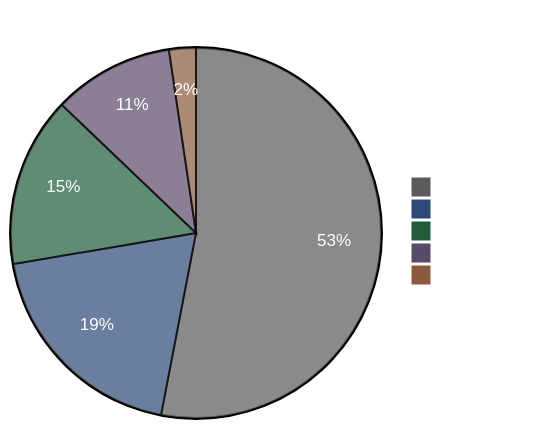
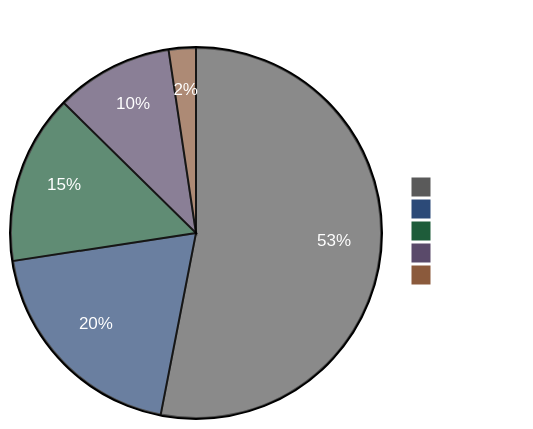
One commit to ShawnBIT/reco-arxiv-daily changed the diagram in README.md. Above: the diagram before and after it, drawn with Mermaid. The commit also changed other lines of this file and 2 other files, not shown here.

````diff
--- a/README.md
+++ b/README.md
@@ -6,19 +6,19 @@
 ```mermaid
 %%{init: {'theme':'base', 'themeVariables': {
   'pie1':'#5a5a5a',
   'pie2':'#2c4a78',
   'pie3':'#1e5c3a',
   'pie4':'#5a4a6a',
   'pie5':'#8b5a3c',
   'pieTitleTextColor':'#ffffff',
   'pieSectionTextColor':'#ffffff',
   'pieLegendTextColor':'#ffffff'
 }}}%%
 pie showData
 title Paper Distribution by Tag
-  "Other" : 272
+  "Other" : 269
   "LLM" : 99
-  "GR" : 76
-  "Seq" : 54
+  "GR" : 75
+  "Seq" : 52
   "Scaling" : 12
 ```
````
